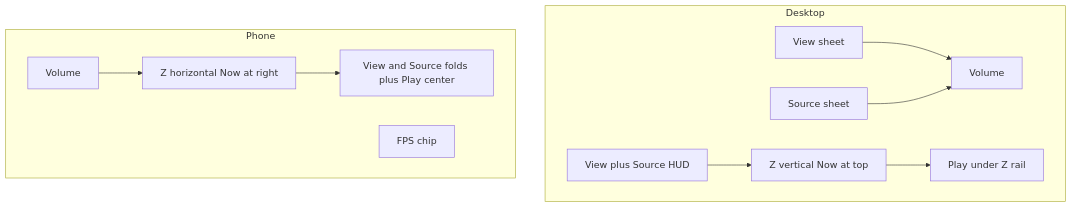
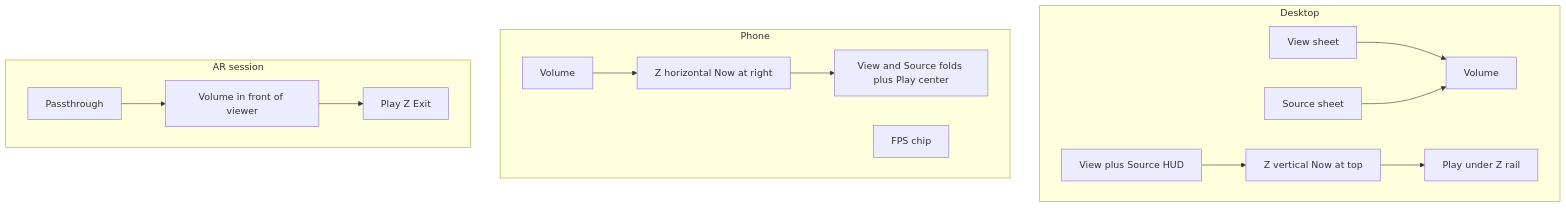
Before and after one commit to PiMaV/DONNER: the third of 4 diagrams in docs/gui.md, drawn with Mermaid. The commit also changed other lines of this file and 25 other files, not shown here.

Commit message:
Add a count-stack source beside Conway so EVT cubes share the volume, and open XR-A passthrough so the same scene can sit on a table.

````diff
--- a/docs/gui.md
+++ b/docs/gui.md
@@ -51,23 +62,30 @@
 ```mermaid
 flowchart TB
   subgraph desktop [Desktop]
     viewD[View sheet]
     srcD[Source sheet]
     volD[Volume]
     hudD[View plus Source HUD]
     zD[Z vertical Now at top]
     playD[Play under Z rail]
     viewD --> volD
     srcD --> volD
     hudD --> zD
     zD --> playD
   end
   subgraph phone [Phone]
     volP[Volume]
     zP[Z horizontal Now at right]
     barP[View and Source folds plus Play center]
     chipP[FPS chip]
     volP --> zP
     zP --> barP
   end
+  subgraph ar [AR session]
+    pass[Passthrough]
+    volA[Volume in front of viewer]
+    chrome[Play Z Exit]
+    pass --> volA
+    volA --> chrome
+  end
 ```
````
